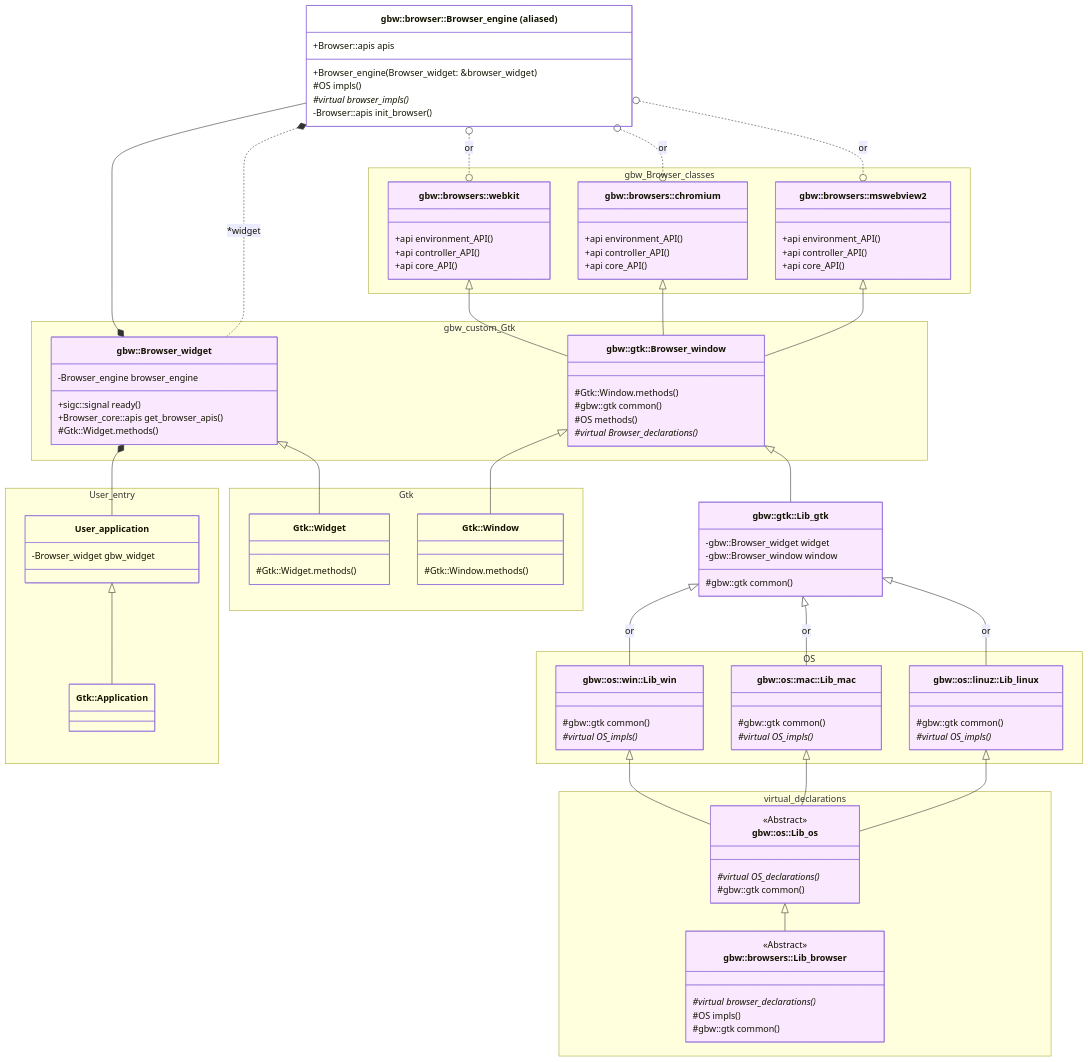
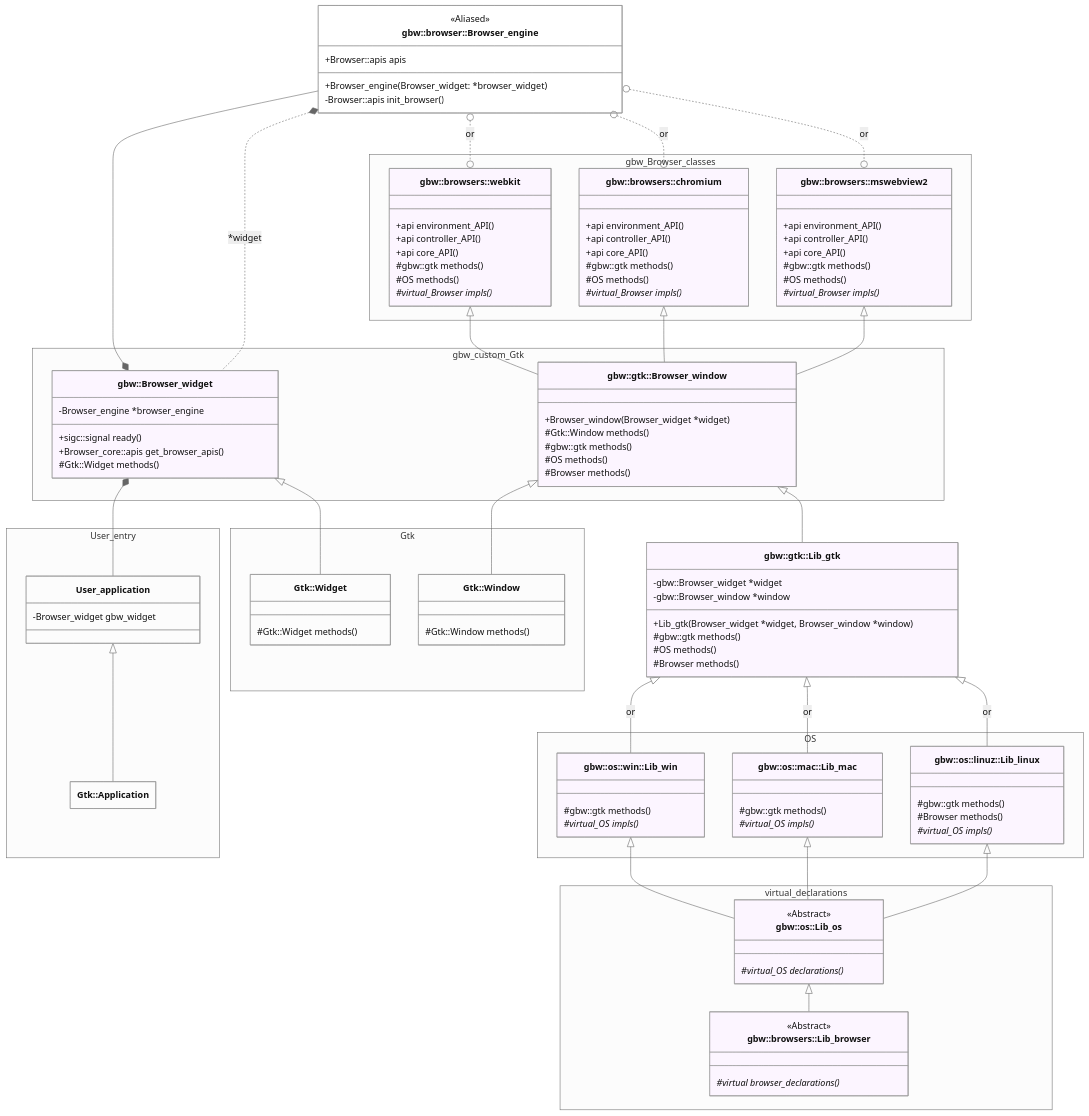
Before and after one commit to citkane/gtk-browser-widget: the diagram in include/gtk/README.md, drawn with Mermaid.

Commit message:
Update class hierarchy diagram

````diff
--- a/include/gtk/README.md
+++ b/include/gtk/README.md
@@ -14,4 +14,10 @@
 ```mermaid
+---
+config:
+  theme: 'neutral'
+  class:
+    hideEmptyMembersBox: true
+---
 classDiagram
     Browser_widget *-- User_application
     User_application <|-- Application
@@ -50,14 +56,11 @@
       class Lib_browser["gbw::browsers::Lib_browser"]:::gbw {
         <<Abstract>> 
         #virtual browser_declarations()*
-        #OS impls()
-        #gbw::gtk common()
       } 
       
       class Lib_os["gbw::os::Lib_os"]:::gbw {
         <<Abstract>>
-        #virtual OS_declarations()*
-        #gbw::gtk common()
+        #virtual_OS declarations()*
       }
     }
 
@@ -65,56 +68,58 @@
       class Browser_widget["gbw::Browser_widget"]:::gbw {
           +sigc::signal ready()
           +Browser_core::apis get_browser_apis()
-          #Gtk::Widget.methods()
-          -Browser_engine browser_engine
+          #Gtk::Widget methods()
+          -Browser_engine *browser_engine
       }
 
       class Browser_window["gbw::gtk::Browser_window"]:::gbw {
-        #Gtk::Window.methods()
-        #gbw::gtk common()
+        +Browser_window(Browser_widget *widget)
+        #Gtk::Window methods()
+        #gbw::gtk methods()
         #OS methods()
-        #virtual Browser_declarations()*
+        #Browser methods()
       }
     }
 
     class Lib_gtk["gbw::gtk::Lib_gtk"]:::gbw {
-      -gbw::Browser_widget widget
-      -gbw::Browser_window window
-      #gbw::gtk common()
+      +Lib_gtk(Browser_widget *widget, Browser_window *window)
+      -gbw::Browser_widget *widget
+      -gbw::Browser_window *window
+      #gbw::gtk methods()
+      #OS methods()
+      #Browser methods()
     }
 
     namespace OS {
       class Lib_mac["gbw::os::mac::Lib_mac"]:::gbw {
-        #gbw::gtk common()
-        #virtual OS_impls()*
+        #gbw::gtk methods()
+        #virtual_OS impls()*
       }
       class Lib_win["gbw::os::win::Lib_win"]:::gbw {
-        #gbw::gtk common()
-        #virtual OS_impls()*
+        #gbw::gtk methods()
+        #virtual_OS impls()*
       }
       class Lib_linux["gbw::os::linuz::Lib_linux"]:::gbw {
-        #gbw::gtk common()
-        #virtual OS_impls()*
+        #gbw::gtk methods()
+        #Browser methods()
+        #virtual_OS impls()*
       }
     }
 
     namespace Gtk {
       class Widget["Gtk::Widget"]:::other {
-        #Gtk::Widget.methods()
+        #Gtk::Widget methods()
       }
       class Window["Gtk::Window"]:::other {
-        #Gtk::Window.methods()
+        #Gtk::Window methods()
       }
     }
 
 
-    class Browser_engine["gbw::browser::Browser_engine (aliased)"]:::other {
-        +Browser_engine(Browser_widget: &browser_widget)
+    class Browser_engine["gbw::browser::Browser_engine"]:::other {
+        <<Aliased>>
+        +Browser_engine(Browser_widget: *browser_widget)
         +Browser::apis apis
-
-        #OS impls()
-        #virtual browser_impls()*
-        
         -Browser::apis init_browser()
         
     }
@@ -124,19 +129,28 @@
           +api environment_API()
           +api controller_API()
           +api core_API()
+          #gbw::gtk methods()
+          #OS methods()
+          #virtual_Browser impls()*
         }
         class MsWebview2["gbw::browsers::mswebview2"]:::gbw {
           +api environment_API()
           +api controller_API()
           +api core_API()
+          #gbw::gtk methods()
+          #OS methods()          
+          #virtual_Browser impls()*
         }
         class Chromium["gbw::browsers::chromium"]:::gbw {
           +api environment_API()
           +api controller_API()
           +api core_API()
+          #gbw::gtk methods()
+          #OS methods()          
+          #virtual_Browser impls()*
         }
     }
 
-    classDef gbw fill:#FAE8FF; 
+    classDef gbw fill:#FCF5FF; 
     classDef other fill:#FFFFFF00
 ```
````
